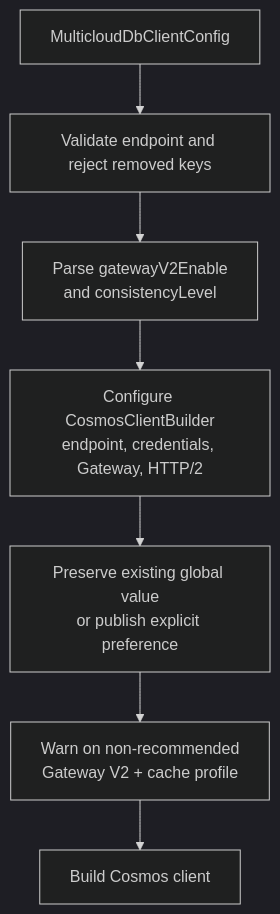
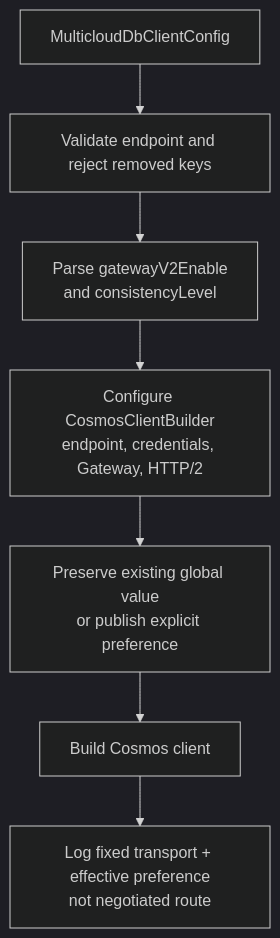
The third of 4 diagrams in specs/feat/cosmos-gateway-defaults/design.md (allenkim0129/multiclouddb-sdk-for-java), drawn with Mermaid (dark theme) before and after one commit. The commit also changed other lines of this file and 15 other files, not shown here.

First line of the commit message:
fix(cosmos): align Gateway V2 cache routing

````diff
--- a/specs/feat/cosmos-gateway-defaults/design.md
+++ b/specs/feat/cosmos-gateway-defaults/design.md
@@ -147,17 +152,17 @@
 ```mermaid
 flowchart TD
     Config["MulticloudDbClientConfig"]
     Validate["Validate endpoint and reject removed keys"]
     Parse["Parse gatewayV2Enable<br/>and consistencyLevel"]
-    Profile["Warn on non-recommended<br/>Gateway V2 + cache profile"]
     Builder["Configure CosmosClientBuilder<br/>endpoint, credentials, Gateway, HTTP/2"]
     Resolve["Preserve existing global value<br/>or publish explicit preference"]
     Build["Build Cosmos client"]
+    Log["Log fixed transport + effective preference<br/>not negotiated route"]
 
     Config --> Validate
     Validate --> Parse
     Parse --> Builder
     Builder --> Resolve
-    Resolve --> Profile
-    Profile --> Build
+    Resolve --> Build
+    Build --> Log
 ```
````
